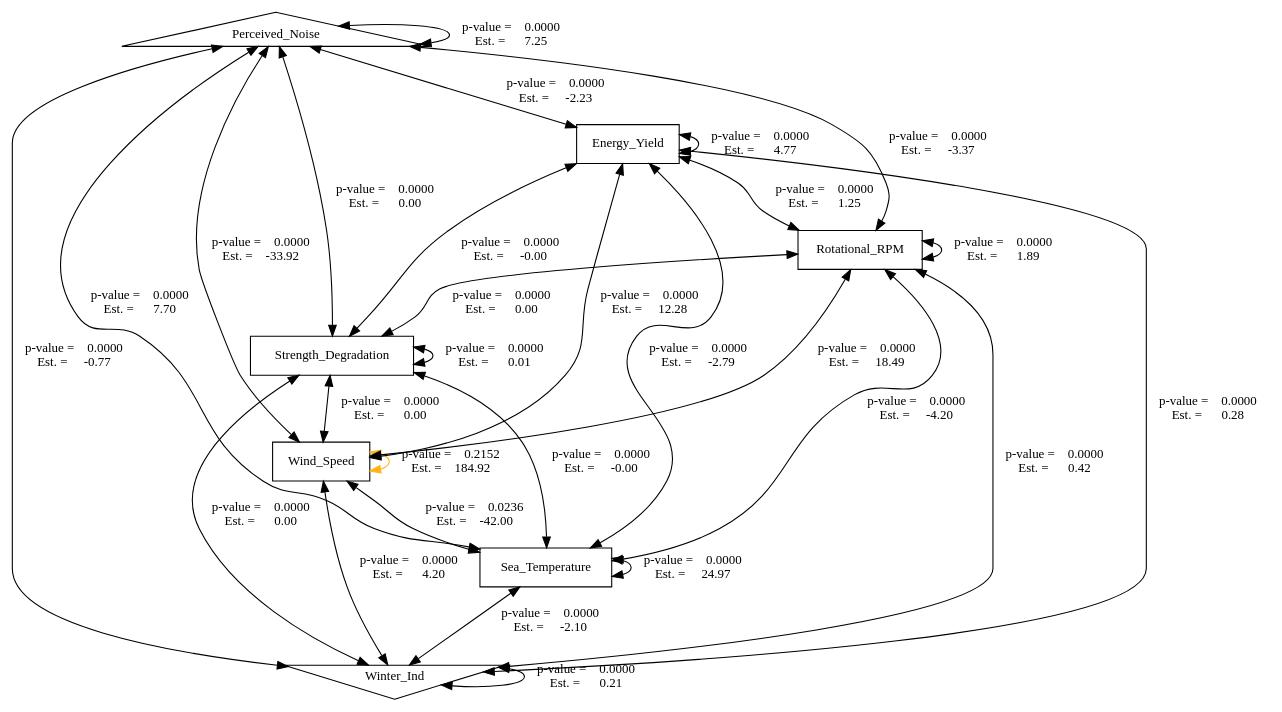
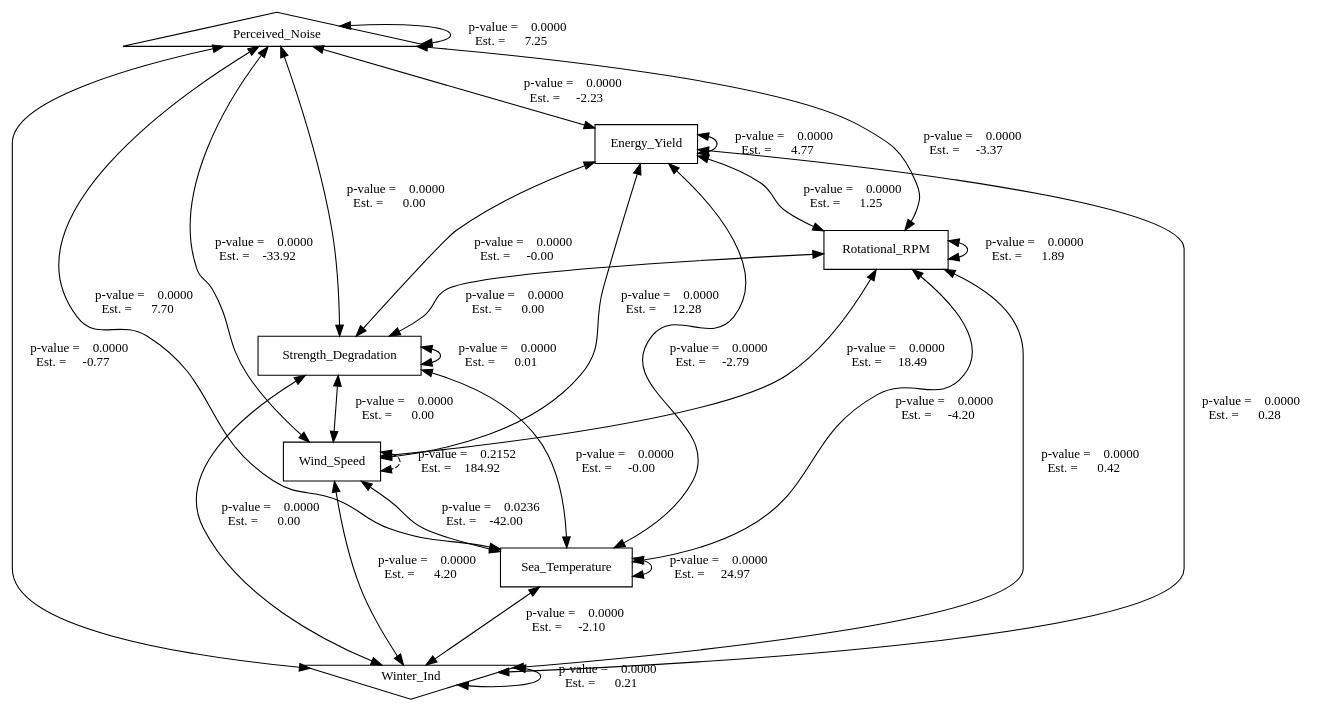
One commit to elikling/FDCR_causality changed the diagram in notebooks/FDCR_scm_induced_covariances_02.gv. Above: the diagram before and after it, drawn with Graphviz. The commit also changed 16 other files, not shown here.

```diff
--- a/notebooks/FDCR_scm_induced_covariances_02.gv
+++ b/notebooks/FDCR_scm_induced_covariances_02.gv
@@ -1,79 +1,79 @@
 digraph FDCR_scm_induced_covariances_02 {
 	overlap=scale
 	splines=True
 	edge [fontsize=12]
 	node [fillcolor=white]
 	node [color=black]
 	node [shape=""]
 	node [style=filled]
 	node [fontsize=12]
-	node [shape=circle]
+	node [shape=plain]
 	node [shape=triangle]
 	Perceived_Noise [label=Perceived_Noise]
 	node [shape=invtriangle]
 	Winter_Ind [label=Winter_Ind]
 	node [shape=box]
 	Winter_Ind [label=Winter_Ind]
 	Sea_Temperature [label=Sea_Temperature]
 	Wind_Speed [label=Wind_Speed]
 	Strength_Degradation [label=Strength_Degradation]
 	Rotational_RPM [label=Rotational_RPM]
 	Energy_Yield [label=Energy_Yield]
 	Perceived_Noise [label=Perceived_Noise]
-	Winter_Ind -> Winter_Ind [label="p-value =    0.0000
- Est. =      0.21" color=black dir=both lblstyle="above, sloped"]
-	Sea_Temperature -> Winter_Ind [label="p-value =    0.0000
- Est. =     -2.10" color=black dir=both lblstyle="above, sloped"]
-	Wind_Speed -> Winter_Ind [label="p-value =    0.0000
- Est. =      4.20" color=black dir=both lblstyle="above, sloped"]
-	Strength_Degradation -> Winter_Ind [label="p-value =    0.0000
- Est. =      0.00" color=black dir=both lblstyle="above, sloped"]
-	Rotational_RPM -> Winter_Ind [label="p-value =    0.0000
- Est. =      0.42" color=black dir=both lblstyle="above, sloped"]
-	Energy_Yield -> Winter_Ind [label="p-value =    0.0000
- Est. =      0.28" color=black dir=both lblstyle="above, sloped"]
-	Perceived_Noise -> Winter_Ind [label="p-value =    0.0000
- Est. =     -0.77" color=black dir=both lblstyle="above, sloped"]
-	Sea_Temperature -> Sea_Temperature [label="p-value =    0.0000
- Est. =     24.97" color=black dir=both lblstyle="above, sloped"]
-	Wind_Speed -> Sea_Temperature [label="p-value =    0.0236
- Est. =    -42.00" color=black dir=both lblstyle="above, sloped"]
-	Strength_Degradation -> Sea_Temperature [label="p-value =    0.0000
- Est. =     -0.00" color=black dir=both lblstyle="above, sloped"]
-	Rotational_RPM -> Sea_Temperature [label="p-value =    0.0000
- Est. =     -4.20" color=black dir=both lblstyle="above, sloped"]
-	Energy_Yield -> Sea_Temperature [label="p-value =    0.0000
- Est. =     -2.79" color=black dir=both lblstyle="above, sloped"]
-	Perceived_Noise -> Sea_Temperature [label="p-value =    0.0000
- Est. =      7.70" color=black dir=both lblstyle="above, sloped"]
-	Wind_Speed -> Wind_Speed [label="p-value =    0.2152
- Est. =    184.92" color="#FFB414" dir=both lblstyle="above, sloped"]
-	Strength_Degradation -> Wind_Speed [label="p-value =    0.0000
- Est. =      0.00" color=black dir=both lblstyle="above, sloped"]
-	Rotational_RPM -> Wind_Speed [label="p-value =    0.0000
- Est. =     18.49" color=black dir=both lblstyle="above, sloped"]
-	Energy_Yield -> Wind_Speed [label="p-value =    0.0000
- Est. =     12.28" color=black dir=both lblstyle="above, sloped"]
-	Perceived_Noise -> Wind_Speed [label="p-value =    0.0000
- Est. =    -33.92" color=black dir=both lblstyle="above, sloped"]
-	Strength_Degradation -> Strength_Degradation [label="p-value =    0.0000
- Est. =      0.01" color=black dir=both lblstyle="above, sloped"]
-	Rotational_RPM -> Strength_Degradation [label="p-value =    0.0000
- Est. =      0.00" color=black dir=both lblstyle="above, sloped"]
-	Energy_Yield -> Strength_Degradation [label="p-value =    0.0000
- Est. =     -0.00" color=black dir=both lblstyle="above, sloped"]
-	Perceived_Noise -> Strength_Degradation [label="p-value =    0.0000
- Est. =      0.00" color=black dir=both lblstyle="above, sloped"]
-	Rotational_RPM -> Rotational_RPM [label="p-value =    0.0000
- Est. =      1.89" color=black dir=both lblstyle="above, sloped"]
-	Energy_Yield -> Rotational_RPM [label="p-value =    0.0000
- Est. =      1.25" color=black dir=both lblstyle="above, sloped"]
-	Perceived_Noise -> Rotational_RPM [label="p-value =    0.0000
- Est. =     -3.37" color=black dir=both lblstyle="above, sloped"]
-	Energy_Yield -> Energy_Yield [label="p-value =    0.0000
- Est. =      4.77" color=black dir=both lblstyle="above, sloped"]
-	Perceived_Noise -> Energy_Yield [label="p-value =    0.0000
- Est. =     -2.23" color=black dir=both lblstyle="above, sloped"]
-	Perceived_Noise -> Perceived_Noise [label="p-value =    0.0000
- Est. =      7.25" color=black dir=both lblstyle="above, sloped"]
+	Winter_Ind -> Winter_Ind [label="  p-value =    0.0000
+ Est. =      0.21   " color=black dir=both lblstyle="above, sloped"]
+	Sea_Temperature -> Winter_Ind [label="  p-value =    0.0000
+ Est. =     -2.10   " color=black dir=both lblstyle="above, sloped"]
+	Wind_Speed -> Winter_Ind [label="  p-value =    0.0000
+ Est. =      4.20   " color=black dir=both lblstyle="above, sloped"]
+	Strength_Degradation -> Winter_Ind [label="  p-value =    0.0000
+ Est. =      0.00   " color=black dir=both lblstyle="above, sloped"]
+	Rotational_RPM -> Winter_Ind [label="  p-value =    0.0000
+ Est. =      0.42   " color=black dir=both lblstyle="above, sloped"]
+	Energy_Yield -> Winter_Ind [label="  p-value =    0.0000
+ Est. =      0.28   " color=black dir=both lblstyle="above, sloped"]
+	Perceived_Noise -> Winter_Ind [label="  p-value =    0.0000
+ Est. =     -0.77   " color=black dir=both lblstyle="above, sloped"]
+	Sea_Temperature -> Sea_Temperature [label="  p-value =    0.0000
+ Est. =     24.97   " color=black dir=both lblstyle="above, sloped"]
+	Wind_Speed -> Sea_Temperature [label="  p-value =    0.0236
+ Est. =    -42.00   " color=black dir=both lblstyle="above, sloped"]
+	Strength_Degradation -> Sea_Temperature [label="  p-value =    0.0000
+ Est. =     -0.00   " color=black dir=both lblstyle="above, sloped"]
+	Rotational_RPM -> Sea_Temperature [label="  p-value =    0.0000
+ Est. =     -4.20   " color=black dir=both lblstyle="above, sloped"]
+	Energy_Yield -> Sea_Temperature [label="  p-value =    0.0000
+ Est. =     -2.79   " color=black dir=both lblstyle="above, sloped"]
+	Perceived_Noise -> Sea_Temperature [label="  p-value =    0.0000
+ Est. =      7.70   " color=black dir=both lblstyle="above, sloped"]
+	Wind_Speed -> Wind_Speed [label="  p-value =    0.2152
+ Est. =    184.92   " color=black dir=both lblstyle="above, sloped" style=dashed]
+	Strength_Degradation -> Wind_Speed [label="  p-value =    0.0000
+ Est. =      0.00   " color=black dir=both lblstyle="above, sloped"]
+	Rotational_RPM -> Wind_Speed [label="  p-value =    0.0000
+ Est. =     18.49   " color=black dir=both lblstyle="above, sloped"]
+	Energy_Yield -> Wind_Speed [label="  p-value =    0.0000
+ Est. =     12.28   " color=black dir=both lblstyle="above, sloped"]
+	Perceived_Noise -> Wind_Speed [label="  p-value =    0.0000
+ Est. =    -33.92   " color=black dir=both lblstyle="above, sloped"]
+	Strength_Degradation -> Strength_Degradation [label="  p-value =    0.0000
+ Est. =      0.01   " color=black dir=both lblstyle="above, sloped"]
+	Rotational_RPM -> Strength_Degradation [label="  p-value =    0.0000
+ Est. =      0.00   " color=black dir=both lblstyle="above, sloped"]
+	Energy_Yield -> Strength_Degradation [label="  p-value =    0.0000
+ Est. =     -0.00   " color=black dir=both lblstyle="above, sloped"]
+	Perceived_Noise -> Strength_Degradation [label="  p-value =    0.0000
+ Est. =      0.00   " color=black dir=both lblstyle="above, sloped"]
+	Rotational_RPM -> Rotational_RPM [label="  p-value =    0.0000
+ Est. =      1.89   " color=black dir=both lblstyle="above, sloped"]
+	Energy_Yield -> Rotational_RPM [label="  p-value =    0.0000
+ Est. =      1.25   " color=black dir=both lblstyle="above, sloped"]
+	Perceived_Noise -> Rotational_RPM [label="  p-value =    0.0000
+ Est. =     -3.37   " color=black dir=both lblstyle="above, sloped"]
+	Energy_Yield -> Energy_Yield [label="  p-value =    0.0000
+ Est. =      4.77   " color=black dir=both lblstyle="above, sloped"]
+	Perceived_Noise -> Energy_Yield [label="  p-value =    0.0000
+ Est. =     -2.23   " color=black dir=both lblstyle="above, sloped"]
+	Perceived_Noise -> Perceived_Noise [label="  p-value =    0.0000
+ Est. =      7.25   " color=black dir=both lblstyle="above, sloped"]
 }
```
